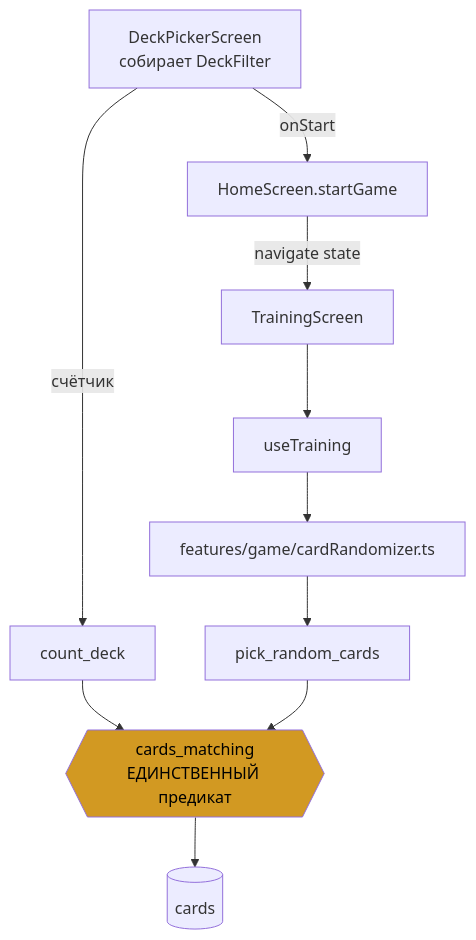
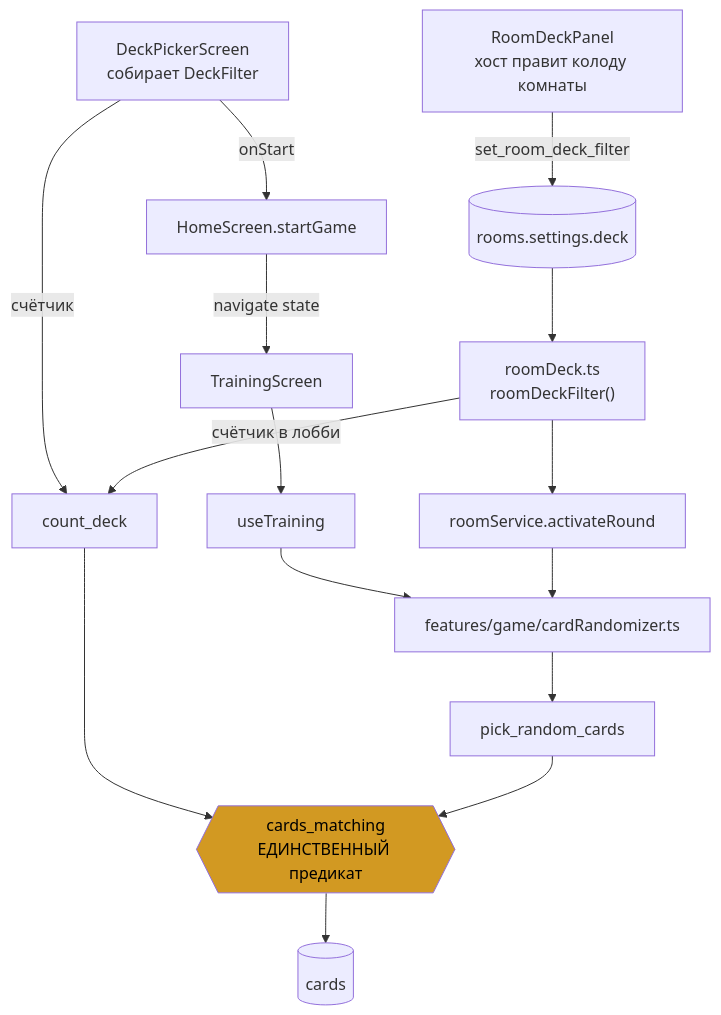
One commit to Aloews/sherlock-scholes- changed the second of 4 diagrams in docs/MAP.md. Above: the diagram before and after it, drawn with Mermaid. The commit also changed other lines of this file and 22 other files, not shown here.

````diff
--- a/docs/MAP.md
+++ b/docs/MAP.md
@@ -74,14 +74,19 @@
 ```mermaid
 flowchart TD
   DP["DeckPickerScreen<br/>собирает DeckFilter"] -->|onStart| HS["HomeScreen.startGame"]
   DP -->|счётчик| CD["count_deck"]
   HS -->|navigate state| TS["TrainingScreen"]
   TS --> UT["useTraining"]
   UT --> CR["features/game/cardRandomizer.ts"]
+  RDP["RoomDeckPanel<br/>хост правит колоду комнаты"] -->|set_room_deck_filter| RS[("rooms.settings.deck")]
+  RS --> RDF["roomDeck.ts<br/>roomDeckFilter()"]
+  RDF -->|счётчик в лобби| CD
+  RDF --> AR["roomService.activateRound"]
+  AR --> CR
   CR --> PRC["pick_random_cards"]
   CD --> CM{{"cards_matching<br/>ЕДИНСТВЕННЫЙ предикат"}}
   PRC --> CM
   CM --> T[("cards")]
 
   style CM fill:#d29922,color:#000
 ```
````
